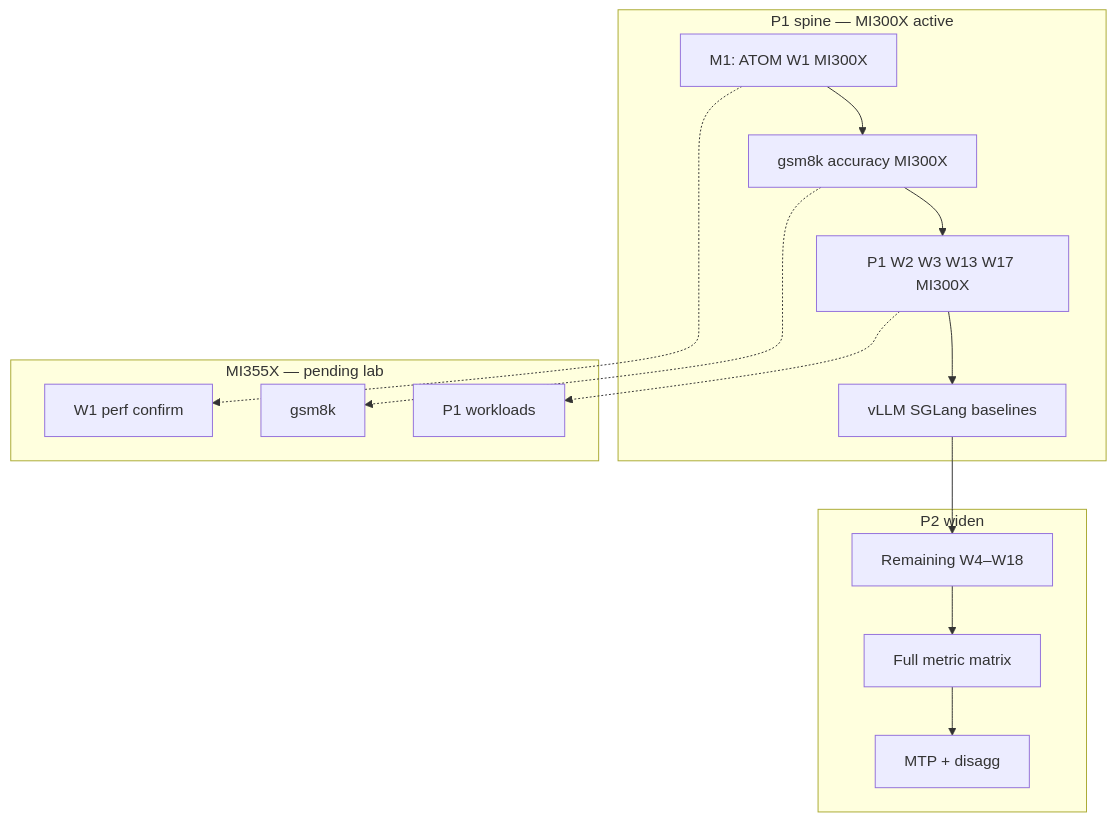
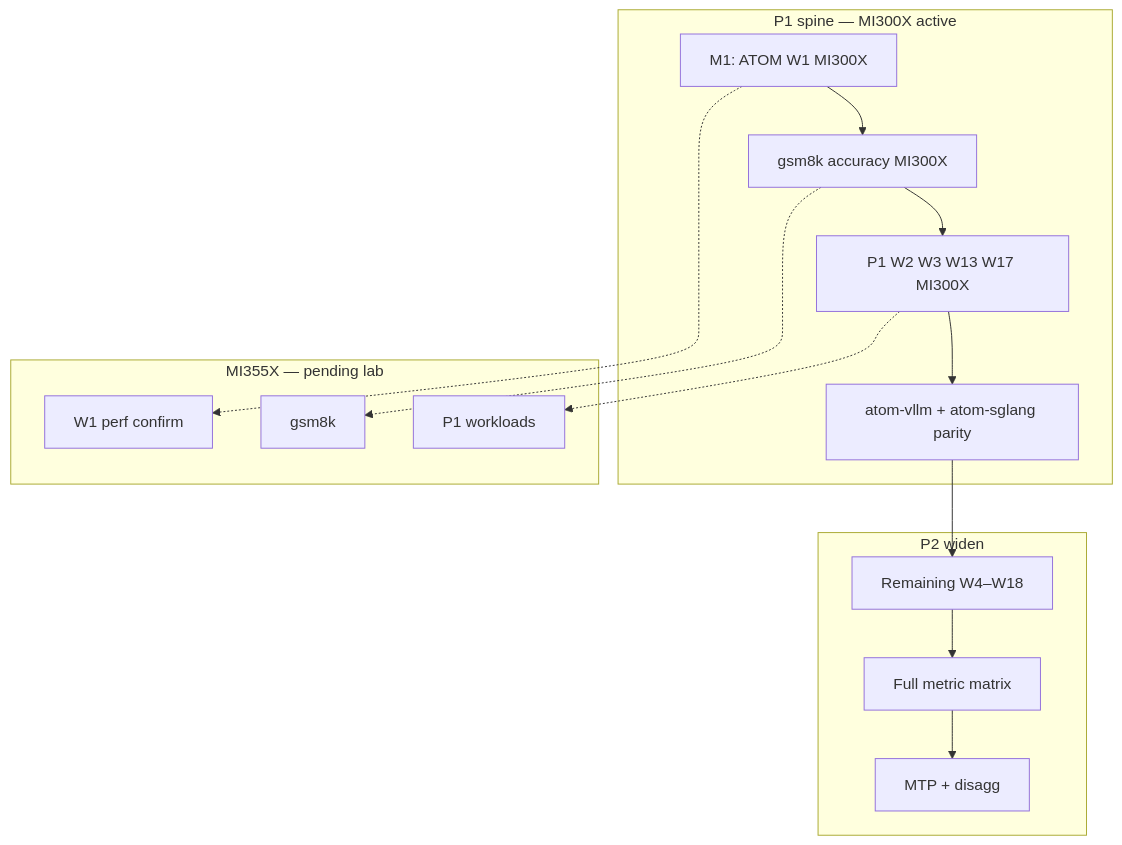
One commit to ROCm/cvs changed the eighth of 8 diagrams in plans/inferencex-atom-cvs-automation-plan.md. Above: the diagram before and after it, drawn with Mermaid. The commit also changed other lines of this file, not shown here.

First line of the commit message:
docs(plan): add Section 12 coverage for variants, parity frameworks, and metrics.

````diff
--- a/plans/inferencex-atom-cvs-automation-plan.md
+++ b/plans/inferencex-atom-cvs-automation-plan.md
@@ -769,24 +988,24 @@
 ```mermaid
 flowchart TB
   subgraph spine["P1 spine — MI300X active"]
     S1["M1: ATOM W1 MI300X"]
     S2["gsm8k accuracy MI300X"]
     S3["P1 W2 W3 W13 W17 MI300X"]
-    S4["vLLM SGLang baselines"]
+    S4["atom-vllm + atom-sglang parity"]
   end
   subgraph pending["MI355X — pending lab"]
     P1["W1 perf confirm"]
     P2["gsm8k"]
     P3["P1 workloads"]
   end
   subgraph widen["P2 widen"]
     W1["Remaining W4–W18"]
     W2["Full metric matrix"]
     W3["MTP + disagg"]
   end
   S1 --> S2 --> S3 --> S4
   S4 --> W1 --> W2 --> W3
   S1 -.-> P1
   S2 -.-> P2
   S3 -.-> P3
 ```
````
